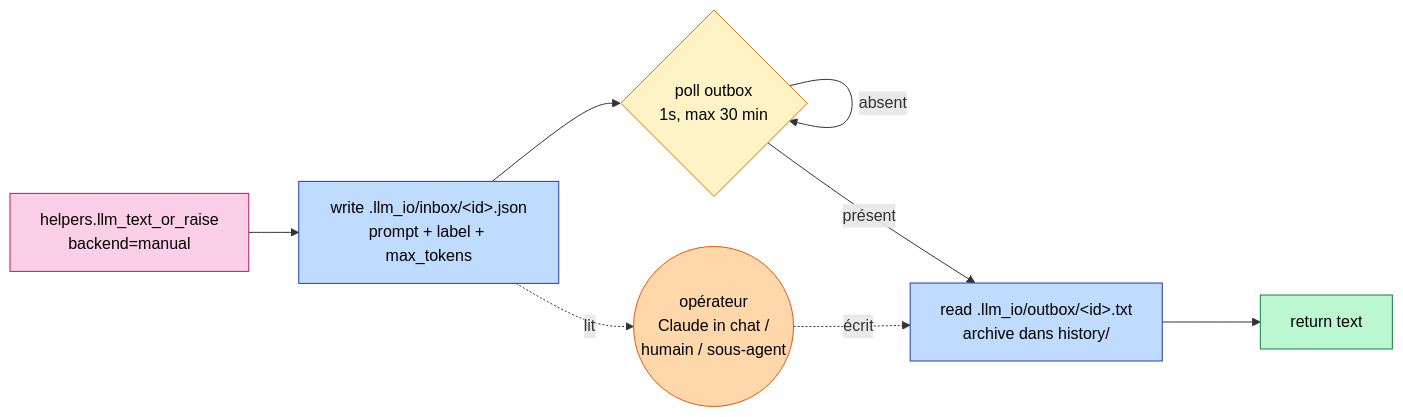
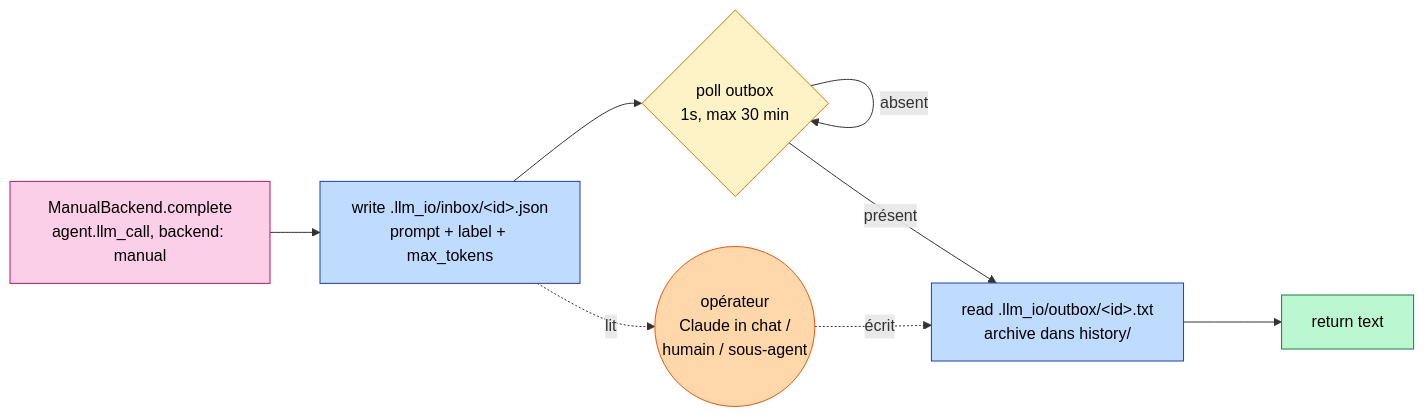
The third of 3 diagrams in README.md (clemlb31/FPML-CDM), drawn with Mermaid before and after one commit. The commit also changed other lines of this file and 127 other files, not shown here.

````diff
--- a/README.md
+++ b/README.md
@@ -109,21 +108,21 @@
 ```mermaid
 flowchart LR
-    AGENT[helpers.llm_text_or_raise<br/>backend=manual]:::llm
+    AGENT[ManualBackend.complete<br/>agent.llm_call, backend: manual]:::llm
     INBOX[write .llm_io/inbox/&lt;id&gt;.json<br/>prompt + label + max_tokens]:::tool
     POLL{poll outbox<br/>1s, max 30 min}:::router
     READ[read .llm_io/outbox/&lt;id&gt;.txt<br/>archive dans history/]:::tool
     OP((opérateur<br/>Claude in chat /<br/>humain / sous-agent)):::special
     RETURN[return text]:::pure
 
     AGENT --> INBOX --> POLL
     POLL -- absent --> POLL
     POLL -- présent --> READ --> RETURN
     INBOX -.lit.-> OP
     OP -.écrit.-> READ
 
     classDef llm fill:#fbcfe8,stroke:#be185d,color:#000
     classDef router fill:#fef3c7,stroke:#d97706,color:#000
     classDef tool fill:#bfdbfe,stroke:#1e40af,color:#000
     classDef pure fill:#bbf7d0,stroke:#15803d,color:#000
     classDef special fill:#fed7aa,stroke:#ea580c,color:#000
 ```
````
